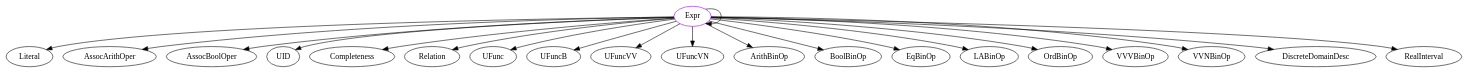
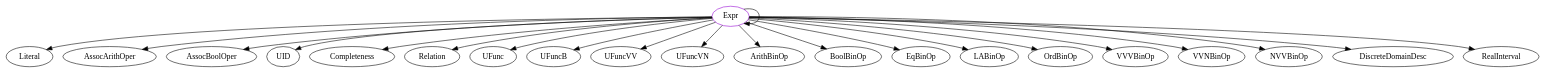
The diagram in analysis/TypeDependencyGraphs/lang/Expr.dot (JacquesCarette/Drasil), drawn with Graphviz before and after one commit. The commit also changed 654 other files, not shown here.

```diff
--- a/analysis/TypeDependencyGraphs/lang/Expr.dot
+++ b/analysis/TypeDependencyGraphs/lang/Expr.dot
@@ -1,23 +1,24 @@
 digraph expr{
 Expr	[shape=oval, color=darkviolet, label="Expr"];
 Expr -> Literal;
 Expr -> Expr;
 Expr -> AssocArithOper;
 Expr -> AssocBoolOper;
 Expr -> UID;
 Expr -> Completeness;
 Expr -> Relation;
 Expr -> UFunc;
 Expr -> UFuncB;
 Expr -> UFuncVV;
 Expr -> UFuncVN;
 Expr -> ArithBinOp;
 Expr -> BoolBinOp;
 Expr -> EqBinOp;
 Expr -> LABinOp;
 Expr -> OrdBinOp;
 Expr -> VVVBinOp;
 Expr -> VVNBinOp;
+Expr -> NVVBinOp;
 Expr -> DiscreteDomainDesc;
 Expr -> RealInterval;
 }
```
